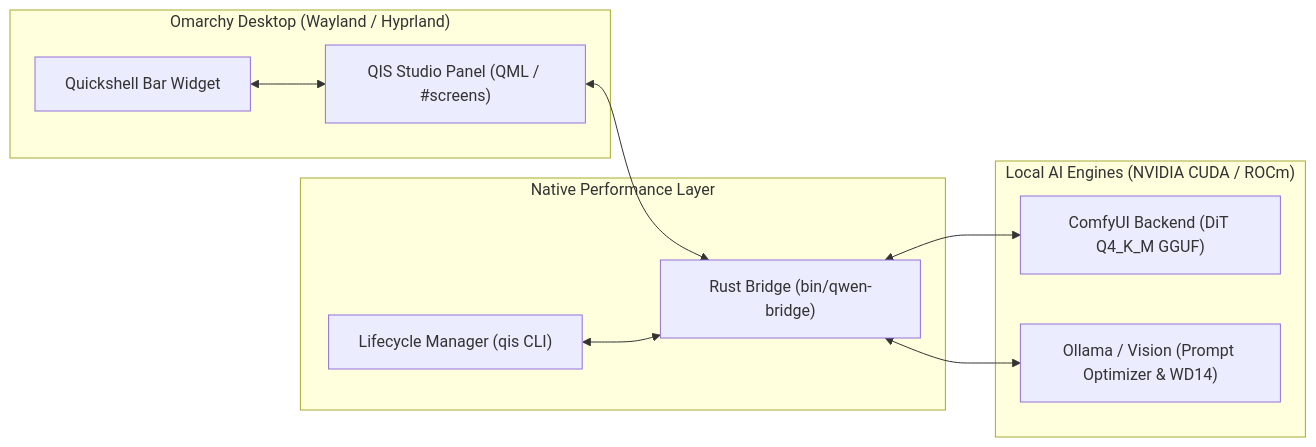
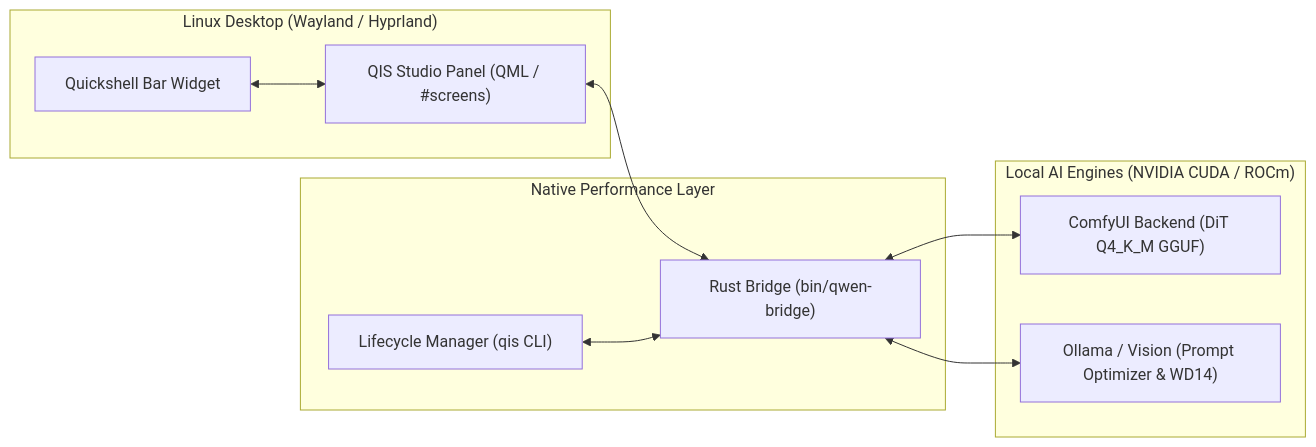
One commit to simonezpx3/omarchy-qwenimage changed the diagram in README.md. Above: the diagram before and after it, drawn with Mermaid. The commit also changed other lines of this file and 5 other files, not shown here.

````diff
--- a/README.md
+++ b/README.md
@@ -22,23 +22,23 @@
 ```mermaid
 graph LR
-    subgraph UI ["Omarchy Desktop (Wayland / Hyprland)"]
+    subgraph UI ["Linux Desktop (Wayland / Hyprland)"]
         Bar["Quickshell Bar Widget"]
         Panel["QIS Studio Panel (QML / #screens)"]
     end
 
     subgraph Core ["Native Performance Layer"]
         Bridge["Rust Bridge (bin/qwen-bridge)"]
         CLI["Lifecycle Manager (qis CLI)"]
     end
 
     subgraph Backend ["Local AI Engines (NVIDIA CUDA / ROCm)"]
         Comfy["ComfyUI Backend (DiT Q4_K_M GGUF)"]
         Ollama["Ollama / Vision (Prompt Optimizer & WD14)"]
     end
 
     Bar <--> Panel
     Panel <--> Bridge
     CLI <--> Bridge
     Bridge <--> Comfy
     Bridge <--> Ollama
 ```
````
